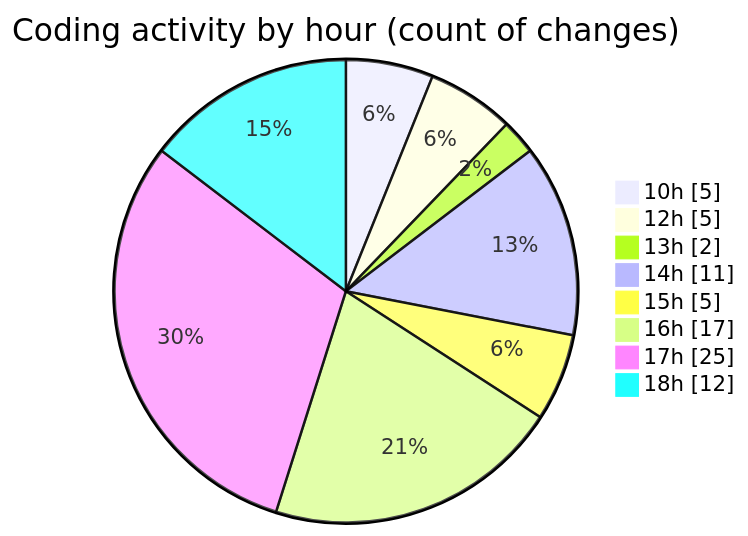
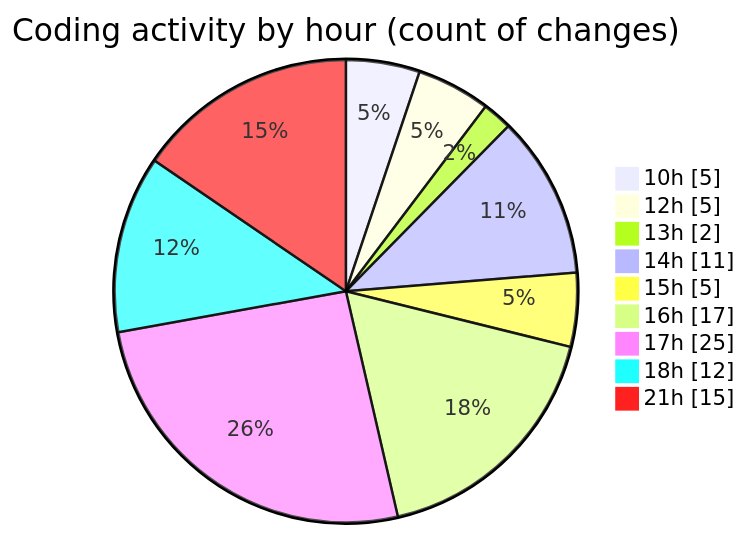
One commit to Ritupan-Deka/code-tracking changed the second of 2 diagrams in 2025-07-07/urlwebwala_intership_work/README.md. Above: the diagram before and after it, drawn with Mermaid. The commit also changed other lines of this file and 1 other file, not shown here.

````diff
--- a/2025-07-07/urlwebwala_intership_work/README.md
+++ b/2025-07-07/urlwebwala_intership_work/README.md
@@ -30,12 +33,13 @@
 ```mermaid
 pie showData
 title Coding activity by hour (count of changes)
 "10h" : 5
 "12h" : 5
 "13h" : 2
 "14h" : 11
 "15h" : 5
 "16h" : 17
 "17h" : 25
 "18h" : 12
+"21h" : 15
 ```
````
